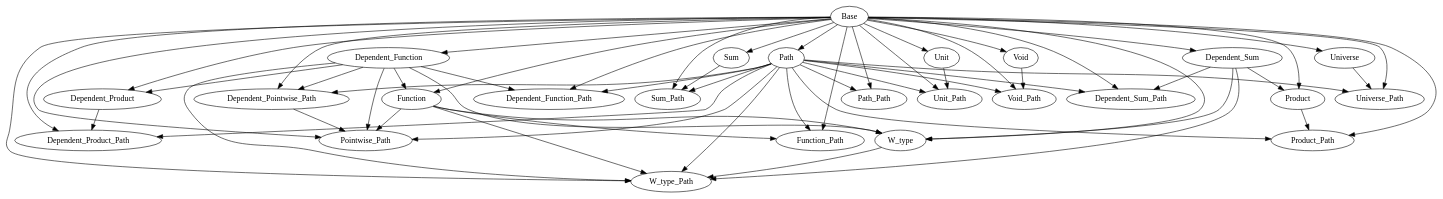
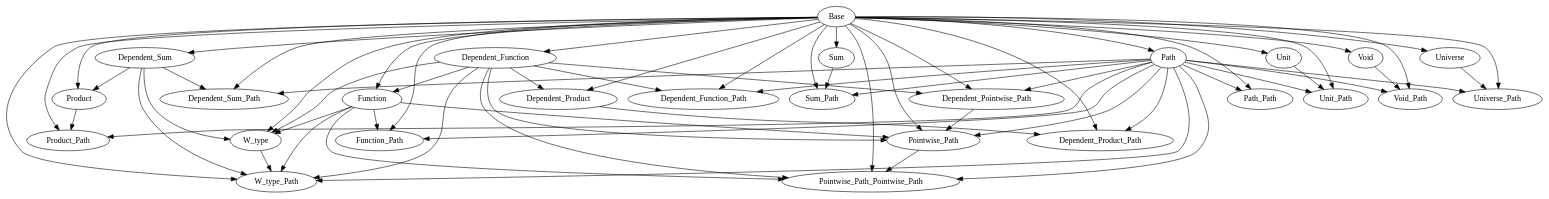
The diagram in libraries/dependencies.gv (Hexirp/googology-in-coq), drawn with Graphviz before and after one commit. The commit also changed 3 other files, not shown here.

Commit message:
Add: Pointwise_Path_Pointwise_Path を

```diff
--- a/libraries/dependencies.gv
+++ b/libraries/dependencies.gv
@@ -1,87 +1,93 @@
 digraph Dependencies {
   # Base
   # Dependent_Function
   "Base" -> "Dependent_Function";
   # Function
   "Base" -> "Function";
   "Dependent_Function" -> "Function";
   # Dependent_Product
   "Base" -> "Dependent_Product";
   "Dependent_Function" -> "Dependent_Product";
   # Dependent_Sum
   "Base" -> "Dependent_Sum";
   # Product
   "Base" -> "Product";
   "Dependent_Sum" -> "Product";
   # Sum
   "Base" -> "Sum";
   # Unit
   "Base" -> "Unit";
   # Void
   "Base" -> "Void";
   # W_type
   "Base" -> "W_type";
   "Dependent_Function" -> "W_type";
   "Function" -> "W_type";
   "Dependent_Sum" -> "W_type";
   # Universe
   "Base" -> "Universe";
   # Path
   "Base" -> "Path";
   # Dependent_Function_Path
   "Base" -> "Dependent_Function_Path";
   "Dependent_Function" -> "Dependent_Function_Path";
   "Path" -> "Dependent_Function_Path";
   # Function_Path
   "Base" -> "Function_Path";
   "Function" -> "Function_Path";
   "Path" -> "Function_Path";
   # Dependent_Product_Path
   "Base" -> "Dependent_Product_Path";
   "Dependent_Product" -> "Dependent_Product_Path";
   "Path" -> "Dependent_Product_Path";
   # Dependent_Sum_Path
   "Base" -> "Dependent_Sum_Path";
   "Dependent_Sum" -> "Dependent_Sum_Path";
   "Path" -> "Dependent_Sum_Path";
   # Product_Path
   "Base" -> "Product_Path";
   "Product" -> "Product_Path";
   "Path" -> "Product_Path";
   # Sum_Path
   "Base" -> "Sum_Path";
   "Sum" -> "Sum_Path";
   "Path" -> "Sum_Path";
   # Unit_Path
   "Base" -> "Unit_Path";
   "Unit" -> "Unit_Path";
   "Path" -> "Unit_Path";
   # Void_Path
   "Base" -> "Void_Path";
   "Void" -> "Void_Path";
   "Path" -> "Void_Path";
   # W_type_Path
   "Base" -> "W_type_Path";
   "Dependent_Function" -> "W_type_Path";
   "Function" -> "W_type_Path";
   "Dependent_Sum" -> "W_type_Path";
   "W_type" -> "W_type_Path";
   "Path" -> "W_type_Path";
   # Universe_Path
   "Base" -> "Universe_Path";
   "Universe" -> "Universe_Path";
   "Path" -> "Universe_Path";
   # Path_Path
   "Base" -> "Path_Path";
   "Path" -> "Path_Path";
   # Dependent_Pointwise_Path
   "Base" -> "Dependent_Pointwise_Path";
   "Dependent_Function" -> "Dependent_Pointwise_Path";
   "Path" -> "Dependent_Pointwise_Path";
   # Pointwise_Path
   "Base" -> "Pointwise_Path";
   "Dependent_Function" -> "Pointwise_Path";
   "Function" -> "Pointwise_Path";
   "Path" -> "Pointwise_Path";
   "Dependent_Pointwise_Path" -> "Pointwise_Path";
+  # Pointwise_Path_Pointwise_Path
+  "Base" -> "Pointwise_Path_Pointwise_Path";
+  "Dependent_Function" -> "Pointwise_Path_Pointwise_Path";
+  "Function" -> "Pointwise_Path_Pointwise_Path";
+  "Path" -> "Pointwise_Path_Pointwise_Path";
+  "Pointwise_Path" -> "Pointwise_Path_Pointwise_Path";
 }
```
